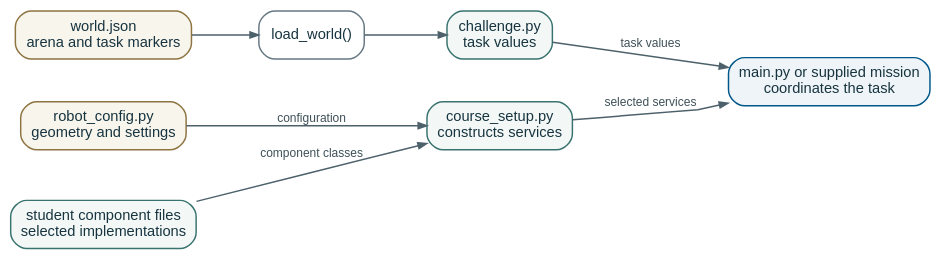
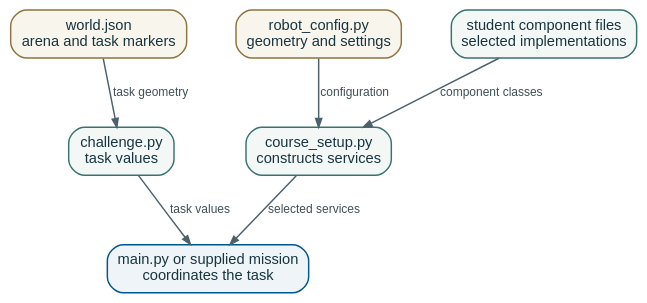
The diagram in docs/diagrams/project-structure.dot (yonvisell/ucsbxrp), drawn with Graphviz before and after one commit. The commit also changed 11 other files, not shown here.

```diff
--- a/docs/diagrams/project-structure.dot
+++ b/docs/diagrams/project-structure.dot
@@ -1,50 +1,48 @@
 digraph ProjectStructure {
   graph [
     bgcolor="transparent",
     fontname="Arial",
-    nodesep=0.45,
+    nodesep=0.52,
     pad=0.08,
-    rankdir=LR,
-    ranksep=0.62,
+    rankdir=TB,
+    ranksep=0.58,
     splines=polyline
   ];
   node [
     color="#667984",
     fillcolor="#ffffff",
     fontcolor="#17343f",
     fontname="Arial",
     fontsize=11,
     margin="0.13,0.08",
     penwidth=1.1,
     shape=box,
     style="rounded,filled"
   ];
   edge [
     arrowsize=0.65,
     color="#4d616b",
     fontcolor="#3f5058",
     fontname="Arial",
     fontsize=9,
     penwidth=1.1
   ];
 
   world [label="world.json\narena and task markers", color="#8d7440", fillcolor="#f8f5ed"];
-  loader [label="load_world()"];
   challenge [label="challenge.py\ntask values", color="#39736f", fillcolor="#f3f8f7"];
 
   config [label="robot_config.py\ngeometry and settings", color="#8d7440", fillcolor="#f8f5ed"];
   components [label="student component files\nselected implementations", color="#39736f", fillcolor="#f3f8f7"];
   setup [label="course_setup.py\nconstructs services", color="#39736f", fillcolor="#f3f8f7"];
 
   program [label="main.py or supplied mission\ncoordinates the task", color="#00588a", fillcolor="#eef4f7"];
 
   { rank=same; world; config; components; }
   { rank=same; challenge; setup; }
 
-  world -> loader;
-  loader -> challenge;
+  world -> challenge [label="task geometry"];
   challenge -> program [label="task values"];
   config -> setup [label="configuration"];
   components -> setup [label="component classes"];
   setup -> program [label="selected services"];
 }
```
